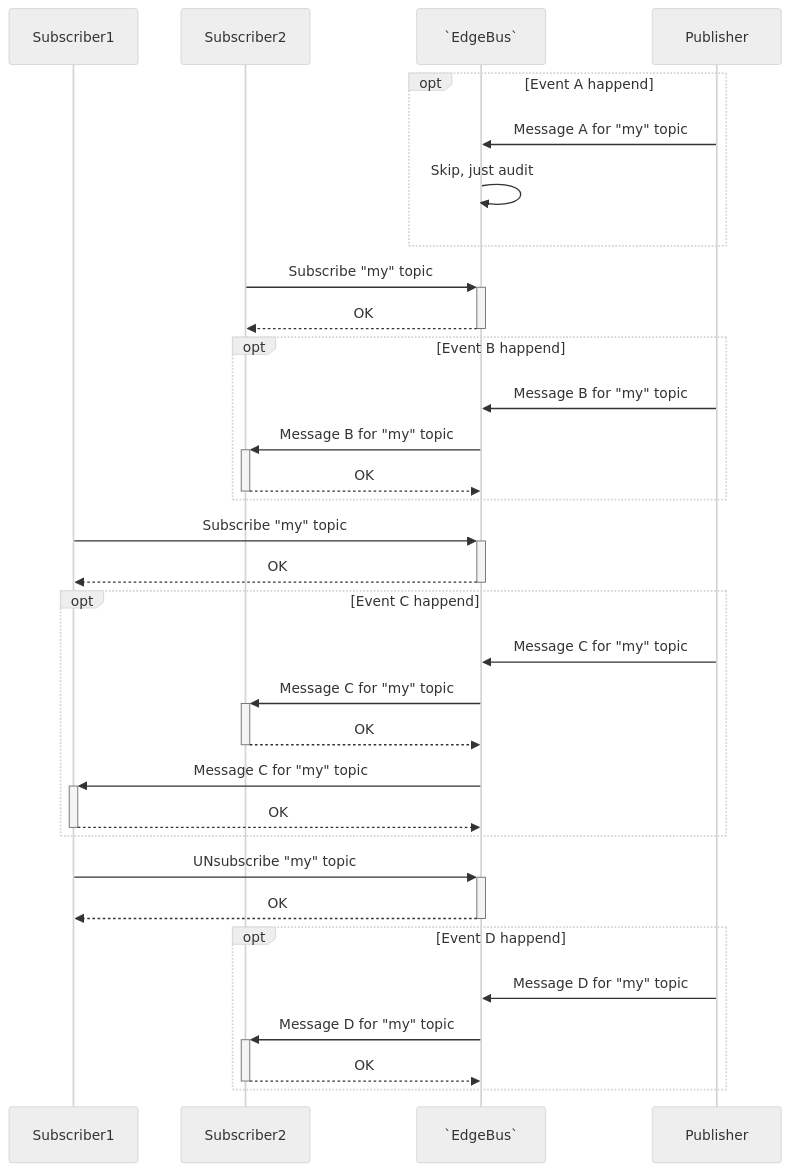
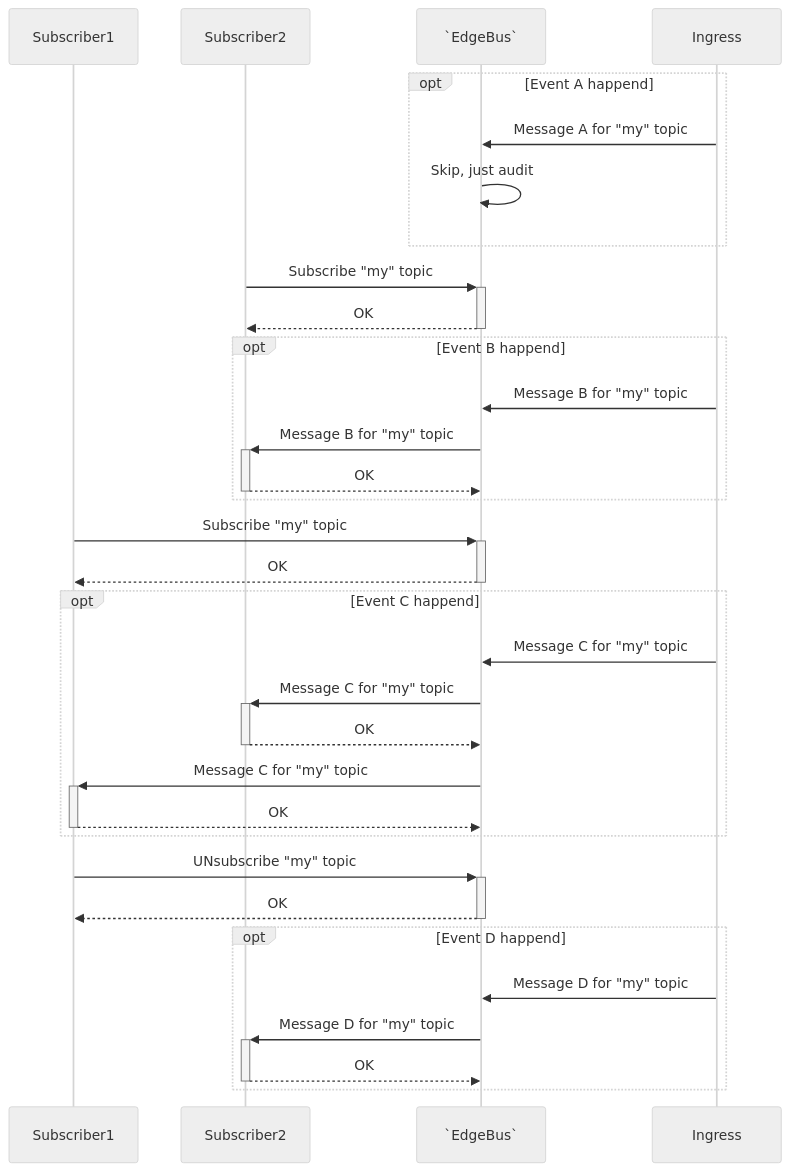
The diagram in docs/_bak/notifier.md (edgebus/edgebus), drawn with Mermaid (neutral theme) before and after one commit. The commit also changed other lines of this file and 114 other files, not shown here.

````diff
--- a/docs/_bak/notifier.md
+++ b/docs/_bak/notifier.md
@@ -12,34 +12,34 @@
 ```mermaid
 sequenceDiagram
 	participant Subscriber1
 	participant Subscriber2
 	participant `EdgeBus`
-	participant Publisher
+	participant Ingress
 	opt Event A happend
-		Publisher->>`EdgeBus`: Message A for "my" topic
+		Ingress->>`EdgeBus`: Message A for "my" topic
 		`EdgeBus`->>`EdgeBus`: Skip, just audit
 	end
 	Subscriber2->>+`EdgeBus`: Subscribe "my" topic
 	`EdgeBus`-->>-Subscriber2: OK
 	opt Event B happend
-		Publisher->>`EdgeBus`: Message B for "my" topic
+		Ingress->>`EdgeBus`: Message B for "my" topic
 		`EdgeBus`->>+Subscriber2: Message B for "my" topic
 		Subscriber2-->>-`EdgeBus`: OK
 	end
 	Subscriber1->>+`EdgeBus`: Subscribe "my" topic
 	`EdgeBus`-->>-Subscriber1: OK
 	opt Event C happend
-		Publisher->>`EdgeBus`: Message C for "my" topic
+		Ingress->>`EdgeBus`: Message C for "my" topic
 		`EdgeBus`->>+Subscriber2: Message C for "my" topic
 		Subscriber2-->>-`EdgeBus`: OK
 		`EdgeBus`->>+Subscriber1: Message C for "my" topic
 		Subscriber1-->>-`EdgeBus`: OK
 	end
 	Subscriber1->>+`EdgeBus`: UNsubscribe "my" topic
 	`EdgeBus`-->>-Subscriber1: OK
 	opt Event D happend
-		Publisher->>`EdgeBus`: Message D for "my" topic
+		Ingress->>`EdgeBus`: Message D for "my" topic
 		`EdgeBus`->>+Subscriber2: Message D for "my" topic
 		Subscriber2-->>-`EdgeBus`: OK
 	end
 ```
````
